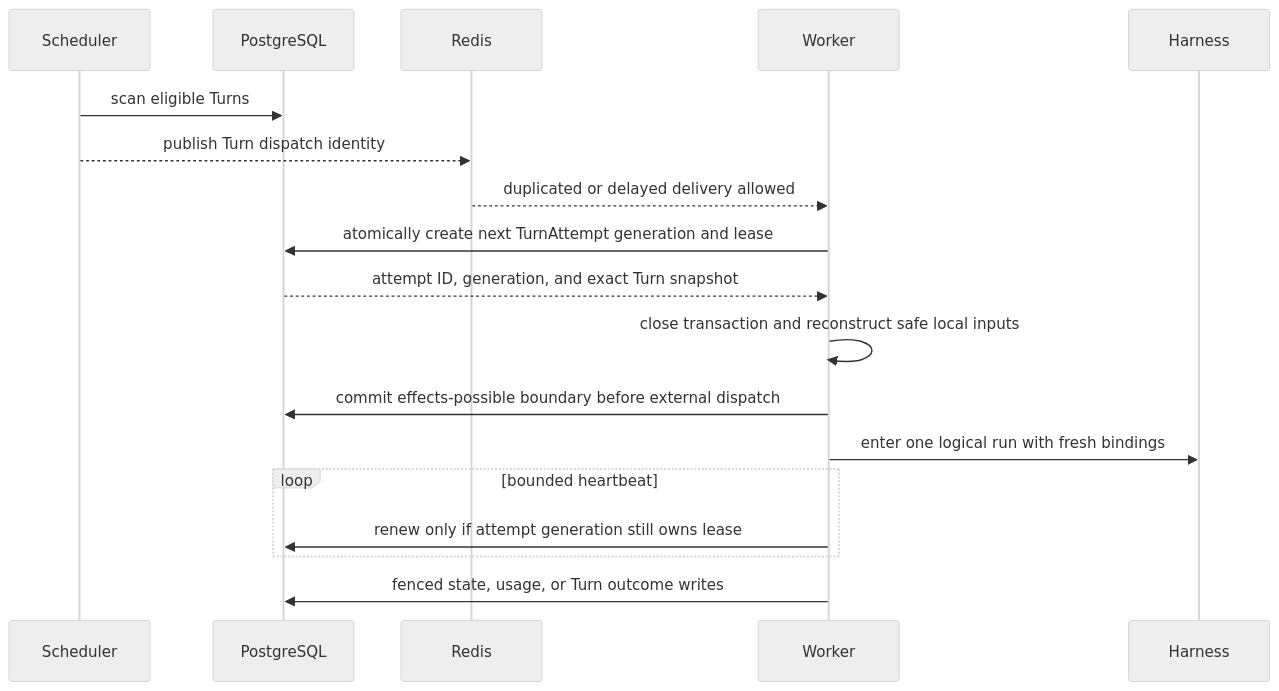
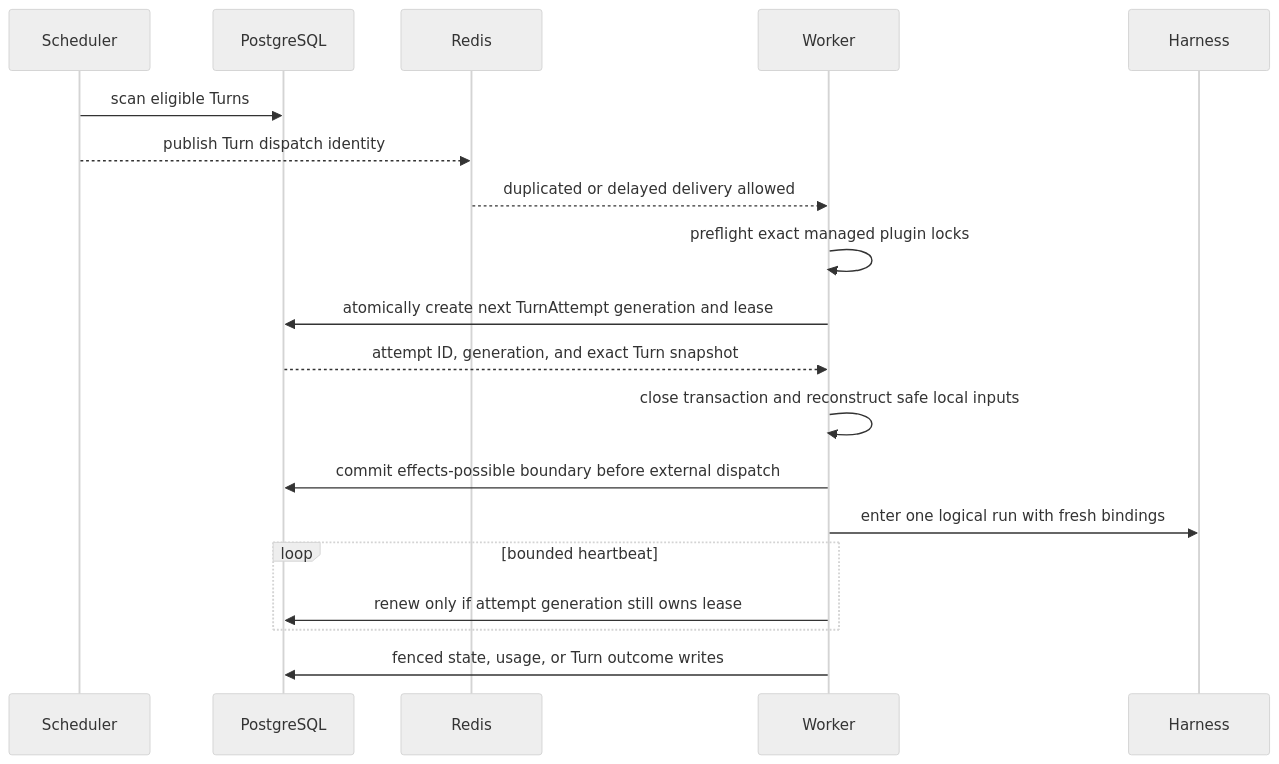
One commit to LTThreeComma/agent-foundation changed the diagram in spec/foundation-service/16-scheduling-workers-and-recovery.md. Above: the diagram before and after it, drawn with Mermaid (neutral theme). The commit also changed other lines of this file and 14 other files, not shown here.

Commit message:
spec(foundation): define managed Harness plugin artifacts (#37)

````diff
--- a/spec/foundation-service/16-scheduling-workers-and-recovery.md
+++ b/spec/foundation-service/16-scheduling-workers-and-recovery.md
@@ -22,21 +22,22 @@
 ```mermaid
 sequenceDiagram
     participant Scheduler
     participant DB as PostgreSQL
     participant Redis
     participant Worker
     participant Harness
 
     Scheduler->>DB: scan eligible Turns
     Scheduler-->>Redis: publish Turn dispatch identity
     Redis-->>Worker: duplicated or delayed delivery allowed
+    Worker->>Worker: preflight exact managed plugin locks
     Worker->>DB: atomically create next TurnAttempt generation and lease
     DB-->>Worker: attempt ID, generation, and exact Turn snapshot
     Worker->>Worker: close transaction and reconstruct safe local inputs
     Worker->>DB: commit effects-possible boundary before external dispatch
     Worker->>Harness: enter one logical run with fresh bindings
     loop bounded heartbeat
         Worker->>DB: renew only if attempt generation still owns lease
     end
     Worker->>DB: fenced state, usage, or Turn outcome writes
 ```
````
